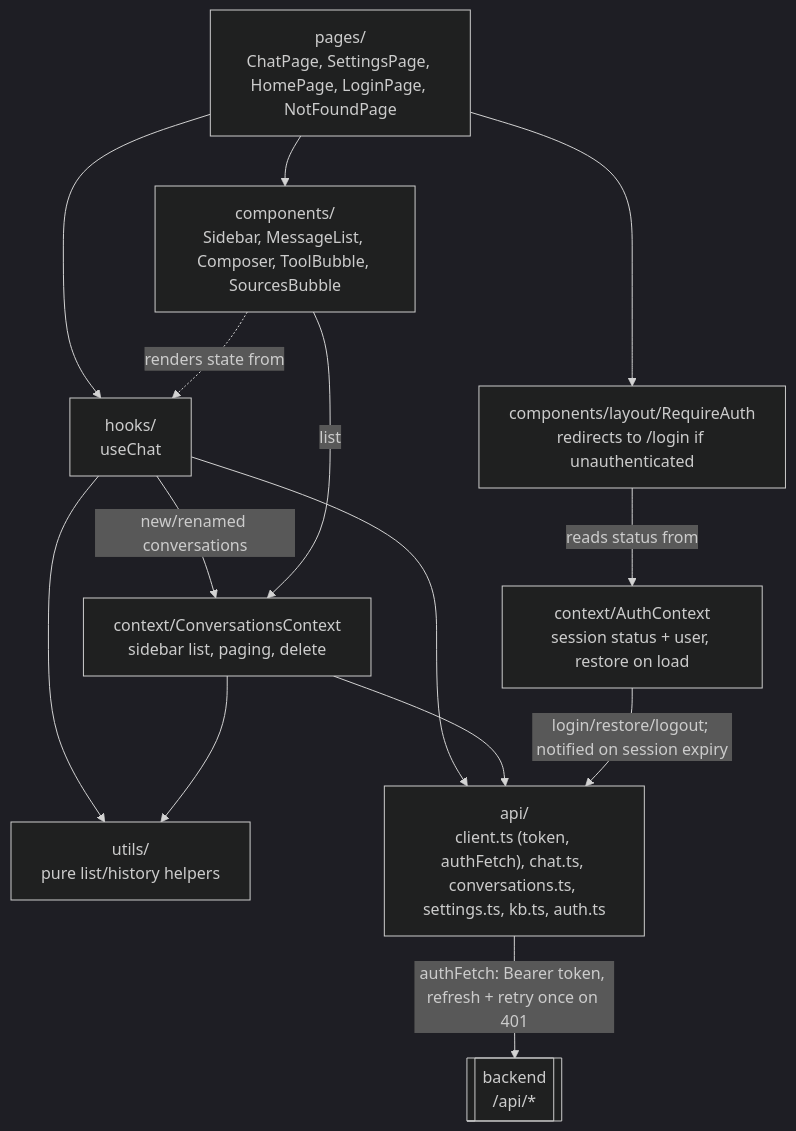
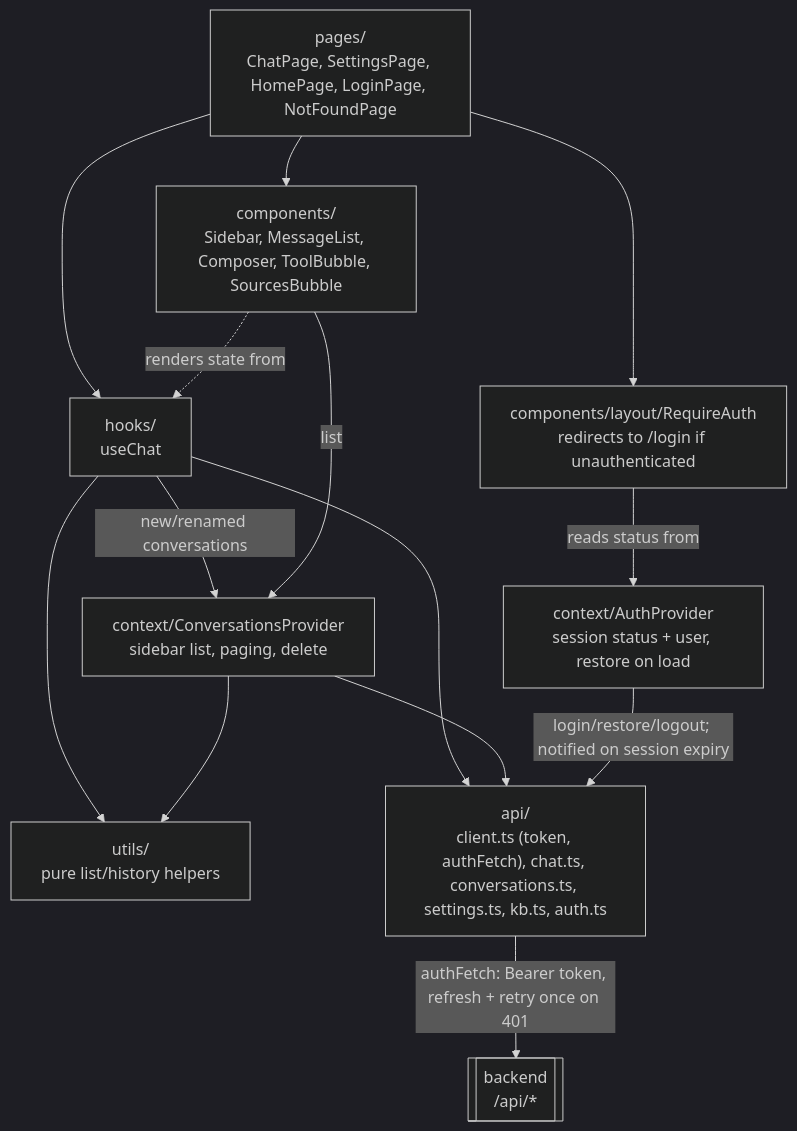
Before and after one commit to hadifar/rag: the fourth of 5 diagrams in docs/architecture.md, drawn with Mermaid (dark theme). The commit also changed other lines of this file and 36 other files, not shown here.

````diff
--- a/docs/architecture.md
+++ b/docs/architecture.md
@@ -115,26 +115,26 @@
 ```mermaid
 graph TD
     pages["pages/<br/>ChatPage, SettingsPage, HomePage, LoginPage, NotFoundPage"]
     guard["components/layout/RequireAuth<br/>redirects to /login if unauthenticated"]
-    authctx["context/AuthContext<br/>session status + user, restore on load"]
-    convctx["context/ConversationsContext<br/>sidebar list, paging, delete"]
+    authctx["context/AuthProvider<br/>session status + user, restore on load"]
+    convctx["context/ConversationsProvider<br/>sidebar list, paging, delete"]
     hooks["hooks/<br/>useChat"]
     utils["utils/<br/>pure list/history helpers"]
     apiclient["api/<br/>client.ts (token, authFetch), chat.ts, conversations.ts, settings.ts, kb.ts, auth.ts"]
     components["components/<br/>Sidebar, MessageList, Composer, ToolBubble, SourcesBubble"]
     backend[["backend<br/>/api/*"]]
 
     guard -->|reads status from| authctx
     pages --> guard
     pages --> hooks
     pages --> components
     hooks --> apiclient
     hooks -->|new/renamed conversations| convctx
     hooks --> utils
     convctx --> apiclient
     convctx --> utils
     components -->|list| convctx
     components -.->|renders state from| hooks
     apiclient -->|authFetch: Bearer token, refresh + retry once on 401| backend
     authctx -->|login/restore/logout; notified on session expiry| apiclient
 ```
````
